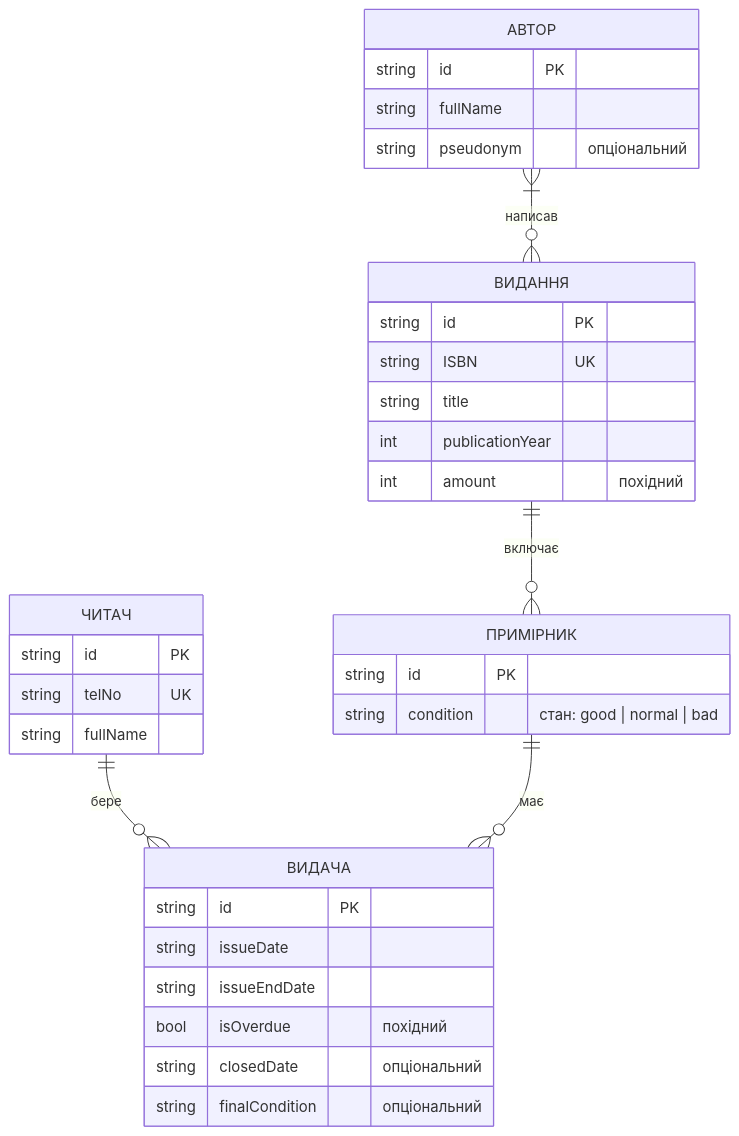
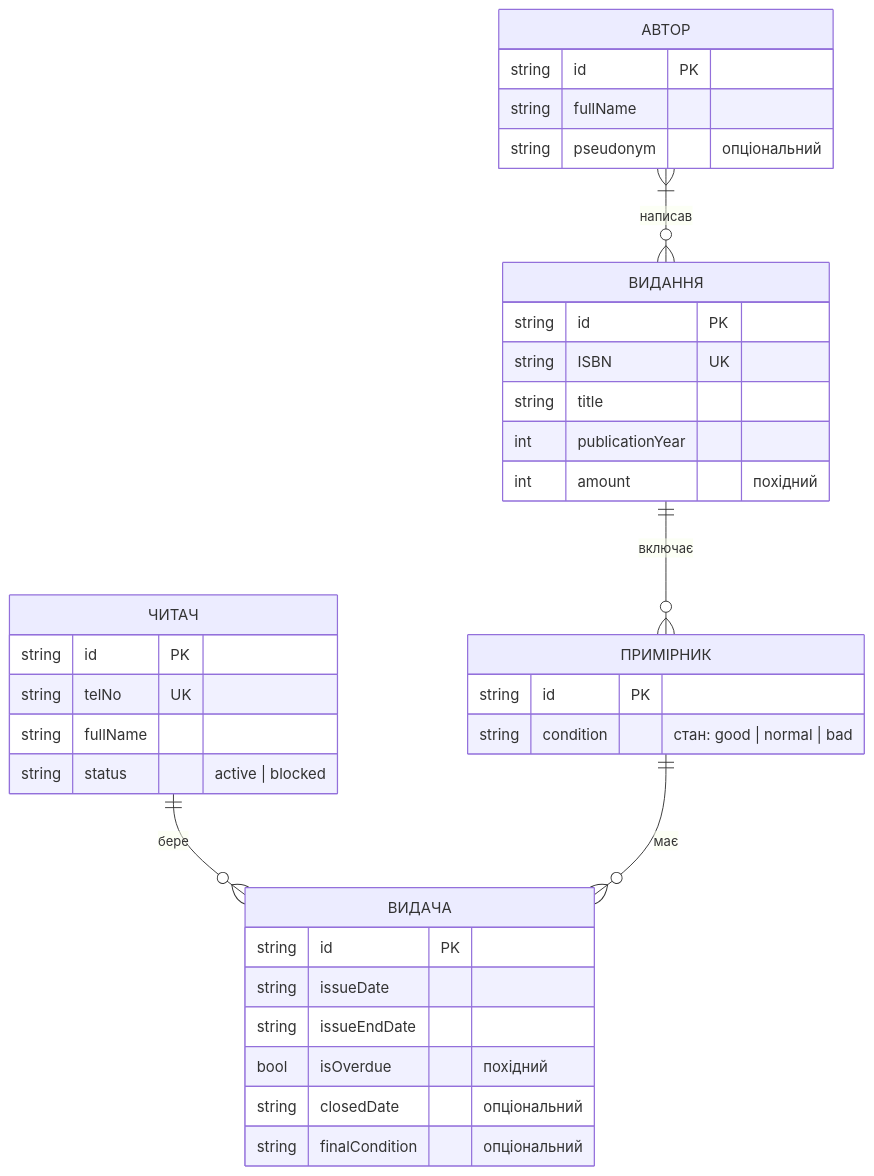
The diagram in lab2/diagrams/model.mmd (matveivadimovih-cell/mavpzlabs), drawn with Mermaid before and after one commit. The commit also changed 1 other file, not shown here.

```diff
--- a/lab2/diagrams/model.mmd
+++ b/lab2/diagrams/model.mmd
@@ -1,39 +1,40 @@
 erDiagram 
 ВИДАННЯ ||--o{ ПРИМІРНИК : "включає" 
 ЧИТАЧ ||--o{ ВИДАЧА : "бере"
 ПРИМІРНИК ||--o{ ВИДАЧА : "має"
 АВТОР }|--o{ ВИДАННЯ : "написав"
 
 ЧИТАЧ {
     string id PK
     string telNo UK 
     string fullName
+    string status "active | blocked"
 }
 
 ВИДАННЯ {
     string id PK
     string ISBN UK 
     string title
     int publicationYear
     int amount "похідний"
 }
 
 АВТОР {
     string id PK
     string fullName
     string pseudonym "опціональний"
 }
 
 ПРИМІРНИК {
     string id PK
     string condition "стан: good | normal | bad"
 }
 
 ВИДАЧА {
     string id PK
     string issueDate
     string issueEndDate
     bool isOverdue "похідний"
     string closedDate "опціональний"
     string finalCondition "опціональний"
 }
```
